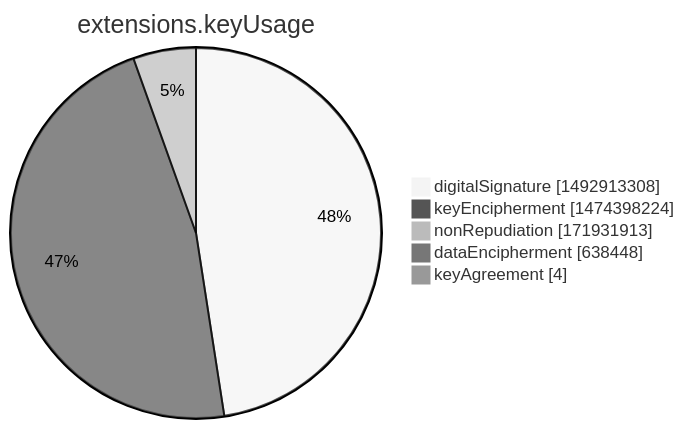
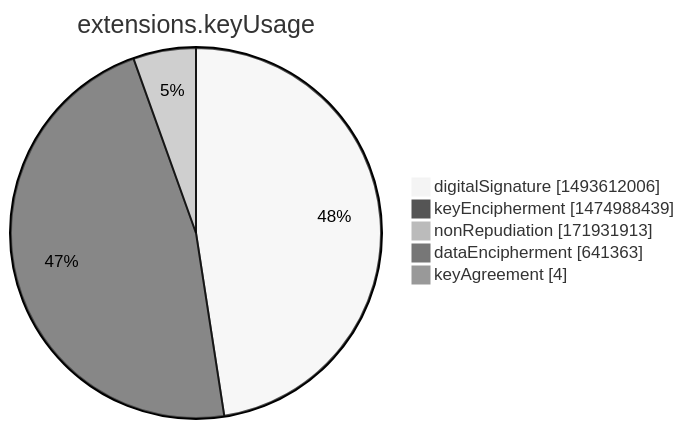
One commit to christiankrug/ctmonitor_visualization changed the seventh of 15 diagrams in argon2022/README.md. Above: the diagram before and after it, drawn with Mermaid (neutral theme). The commit also changed other lines of this file, not shown here.

````diff
--- a/argon2022/README.md
+++ b/argon2022/README.md
@@ -2751,9 +2751,9 @@
 ```mermaid
 pie showData
 title extensions.keyUsage
-"digitalSignature" :1492913308
-"keyEncipherment" :1474398224
+"digitalSignature" :1493612006
+"keyEncipherment" :1474988439
 "nonRepudiation" :171931913
-"dataEncipherment" :638448
+"dataEncipherment" :641363
 "keyAgreement" :4
 ```
````
